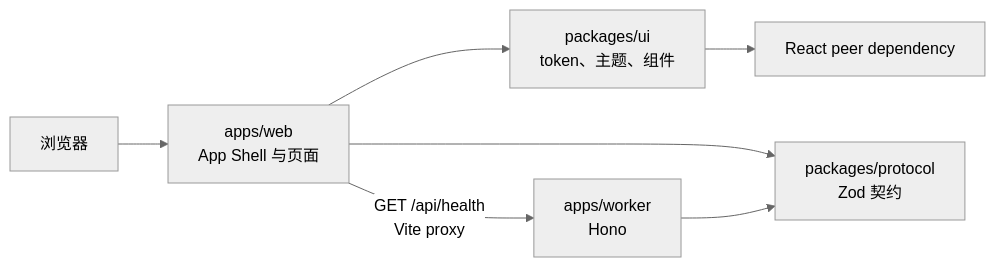
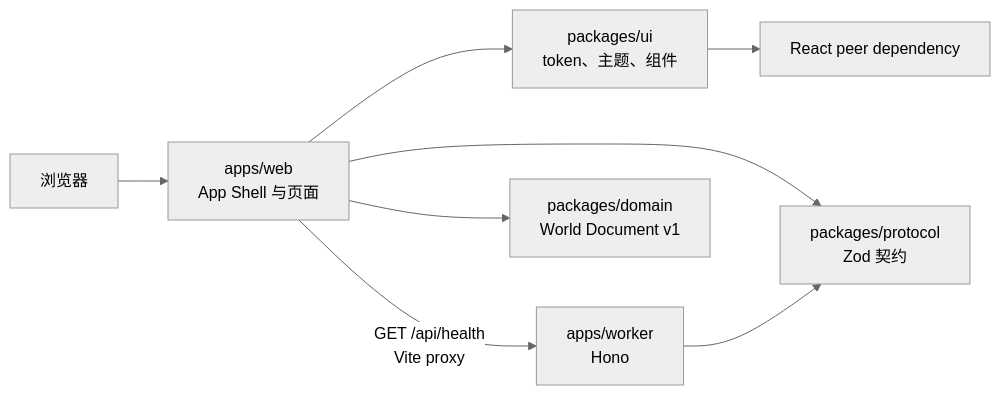
One commit to kasperyhr/axiom-garden changed the first of 3 diagrams in docs/ARCHITECTURE.md. Above: the diagram before and after it, drawn with Mermaid (neutral theme). The commit also changed other lines of this file and 58 other files, not shown here.

Commit message:
feat: define versioned world document format

````diff
--- a/docs/ARCHITECTURE.md
+++ b/docs/ARCHITECTURE.md
@@ -12,9 +13,10 @@
 ```mermaid
 flowchart LR
   Browser["浏览器"] --> Web["apps/web<br/>App Shell 与页面"]
   Web --> UI["packages/ui<br/>token、主题、组件"]
   Web -->|"GET /api/health<br/>Vite proxy"| Worker["apps/worker<br/>Hono"]
   Web --> Protocol["packages/protocol<br/>Zod 契约"]
+  Web --> Domain["packages/domain<br/>World Document v1"]
   Worker --> Protocol
   UI --> React["React peer dependency"]
 ```
````
